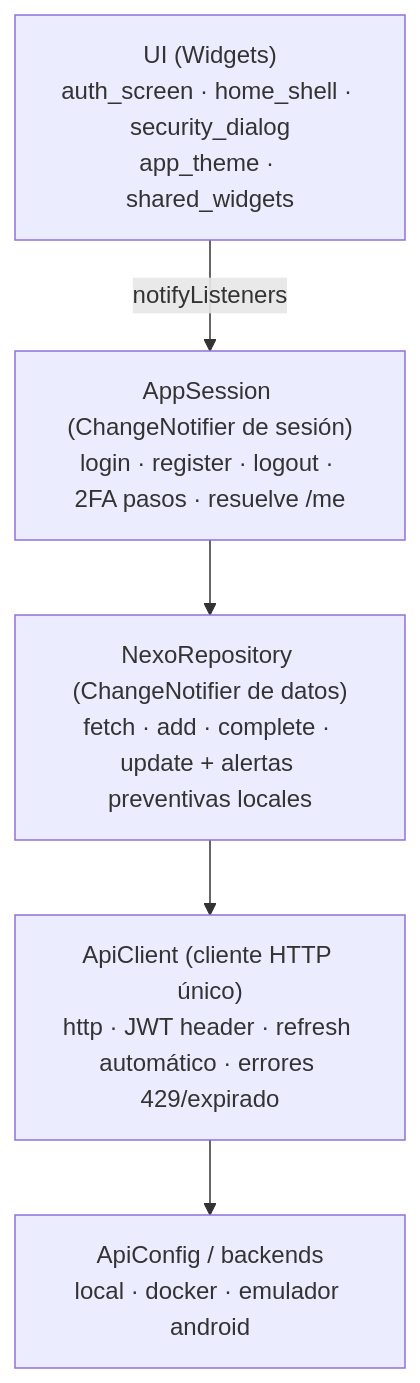
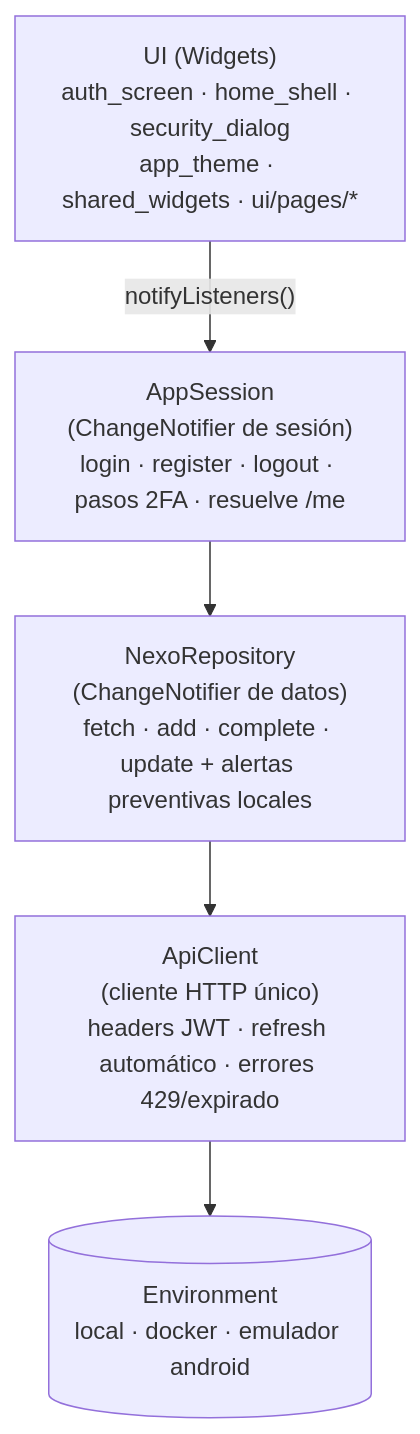
The first of 3 diagrams in mobile/README.md (Abemilek/nexovida), drawn with Mermaid before and after one commit. The commit also changed other lines of this file and 5 other files, not shown here.

````diff
--- a/mobile/README.md
+++ b/mobile/README.md
@@ -32,10 +33,13 @@
 ```mermaid
-flowchart TD
-    UI["UI (Widgets)<br/>auth_screen · home_shell · security_dialog<br/>app_theme · shared_widgets"]
-    S["AppSession (ChangeNotifier de sesión)<br/>login · register · logout · 2FA pasos · resuelve /me"]
-    R["NexoRepository (ChangeNotifier de datos)<br/>fetch · add · complete · update + alertas preventivas locales"]
-    C["ApiClient (cliente HTTP único)<br/>http · JWT header · refresh automático · errores 429/expirado"]
-    B["ApiConfig / backends<br/>local · docker · emulador android"]
+flowchart TB
+    UI["UI (Widgets)<br/>auth_screen · home_shell · security_dialog<br/>app_theme · shared_widgets · ui/pages/*"]
+    Session["AppSession<br/>(ChangeNotifier de sesión)<br/>login · register · logout · pasos 2FA · resuelve /me"]
+    Repo["NexoRepository<br/>(ChangeNotifier de datos)<br/>fetch · add · complete · update + alertas preventivas locales"]
+    Client["ApiClient<br/>(cliente HTTP único)<br/>headers JWT · refresh automático · errores 429/expirado"]
+    Env[("Environment<br/>local · docker · emulador android")]
 
-    UI -->|notifyListeners| S --> R --> C --> B
+    UI -->|"notifyListeners()"| Session
+    Session --> Repo
+    Repo --> Client
+    Client --> Env
 ```
````
